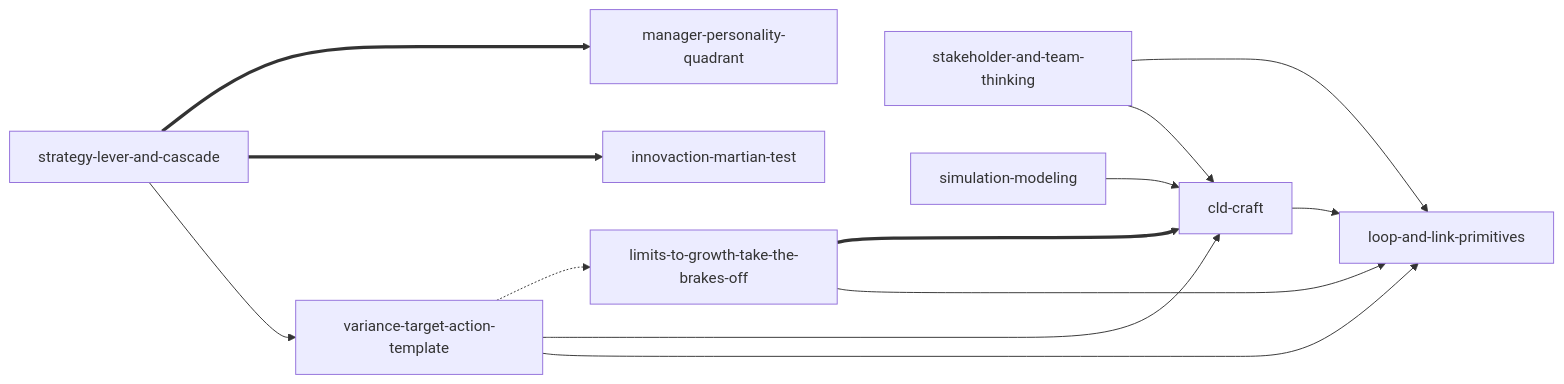
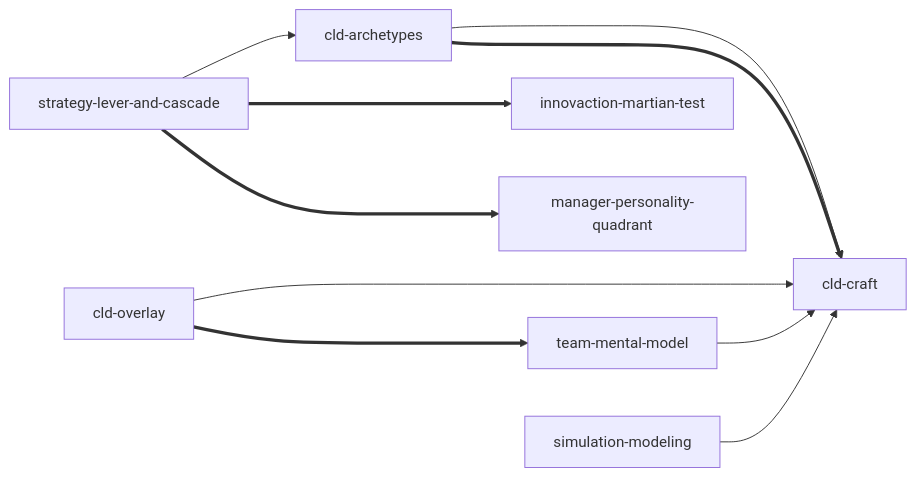
One commit to kouko/monkey-skills changed the diagram in systems-thinking-toolkit/INDEX.md. Above: the diagram before and after it, drawn with Mermaid. The commit also changed other lines of this file and 40 other files, not shown here.

````diff
--- a/systems-thinking-toolkit/INDEX.md
+++ b/systems-thinking-toolkit/INDEX.md
@@ -54,25 +52,21 @@
 ```mermaid
 flowchart LR
-    p[loop-and-link-primitives]
     c[cld-craft]
-    l[limits-to-growth-take-the-brakes-off]
-    v[variance-target-action-template]
+    a[cld-archetypes]
+    o[cld-overlay]
+    m[simulation-modeling]
     s[strategy-lever-and-cascade]
-    t[stakeholder-and-team-thinking]
-    m[simulation-modeling]
+    t[team-mental-model]
     i[innovaction-martian-test]
     q[manager-personality-quadrant]
 
-    c --> p
-    l --> p
-    l ===> c
-    v --> p
-    v --> c
-    v -.-> l
-    s --> v
+    a --> c
+    a ===> c
+    o --> c
+    o ===> t
+    t --> c
+    m --> c
+    s --> a
     s ===> i
     s ===> q
-    t --> c
-    t --> p
-    m --> c
 ```
````
